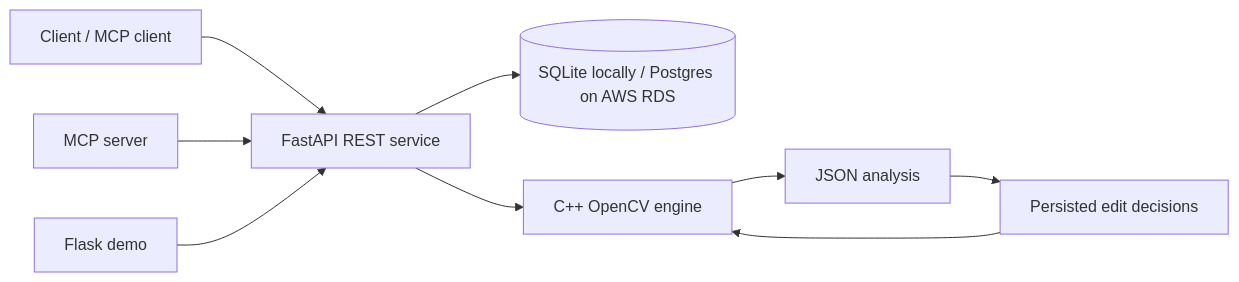
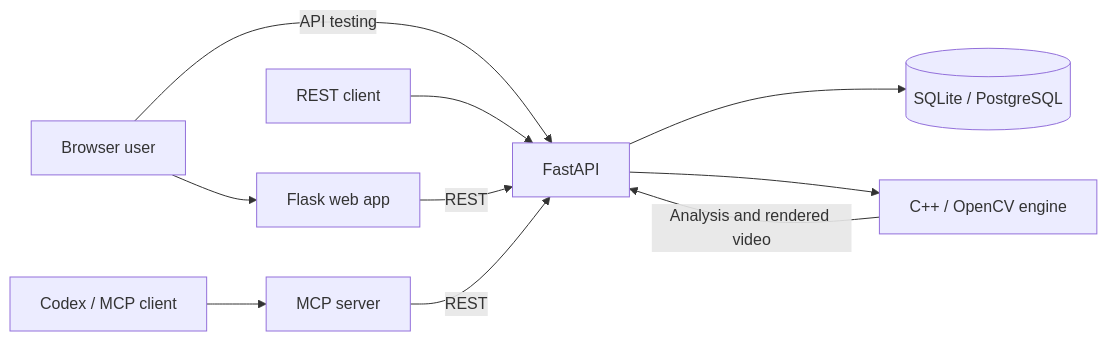
The diagram in README.md (matttavares9/Automated-Video-Editor), drawn with Mermaid before and after one commit. The commit also changed other lines of this file and 9 other files, not shown here.

````diff
--- a/README.md
+++ b/README.md
@@ -44,11 +41,12 @@
 ```mermaid
 flowchart LR
-  U[Client / MCP client] --> API[FastAPI REST service]
-  API --> DB[(SQLite locally / Postgres on AWS RDS)]
-  API --> E[C++ OpenCV engine]
-  E --> A[JSON analysis]
-  A --> D[Persisted edit decisions]
-  D --> E
-  M[MCP server] --> API
-  F[Flask demo] --> API
+  Browser[Browser user] --> Flask[Flask web app]
+  Browser -->|API testing| API[FastAPI]
+  Codex[Codex / MCP client] --> MCP[MCP server]
+  Script[REST client] --> API
+  Flask -->|REST| API
+  MCP -->|REST| API
+  API --> DB[(SQLite / PostgreSQL)]
+  API --> Engine[C++ / OpenCV engine]
+  Engine -->|Analysis and rendered video| API
 ```
````
